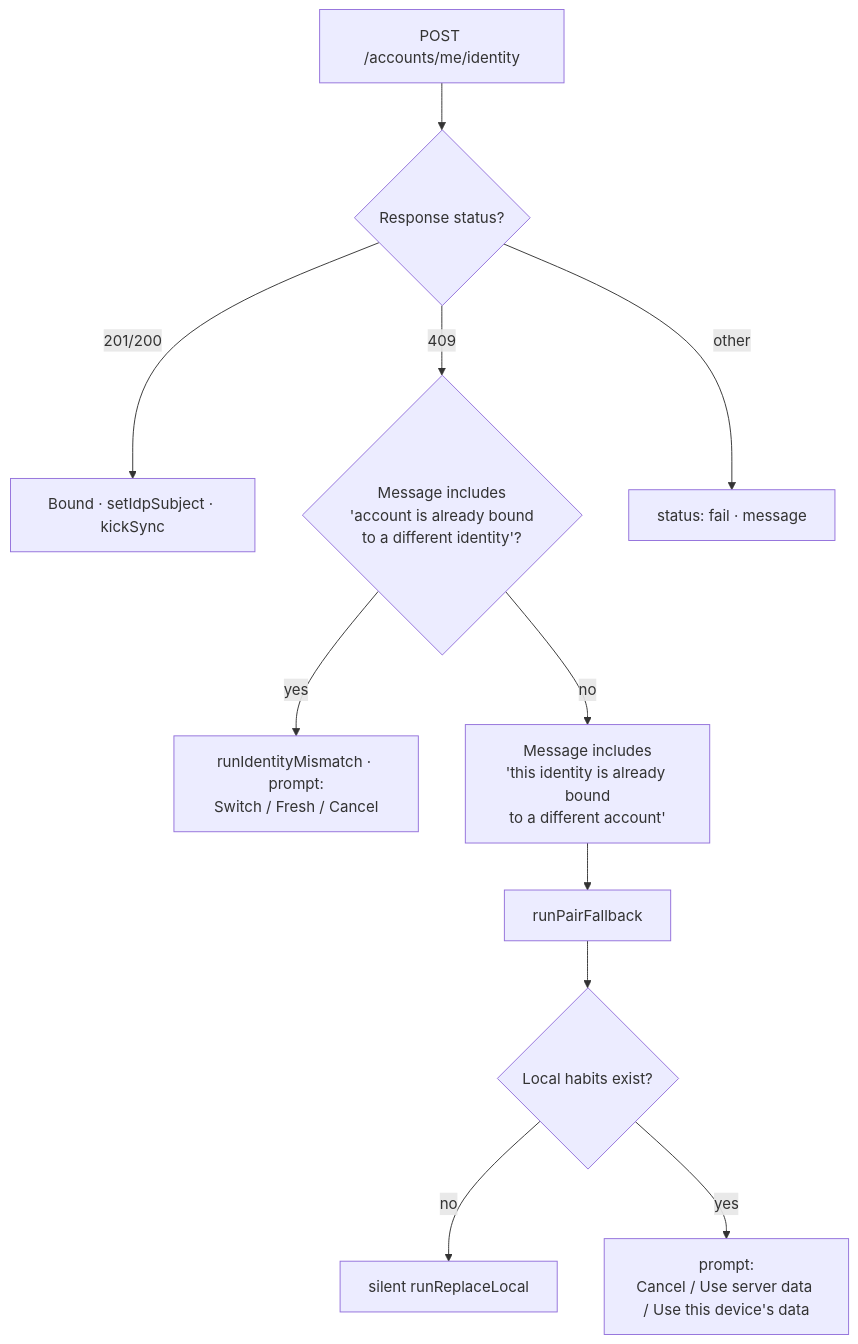
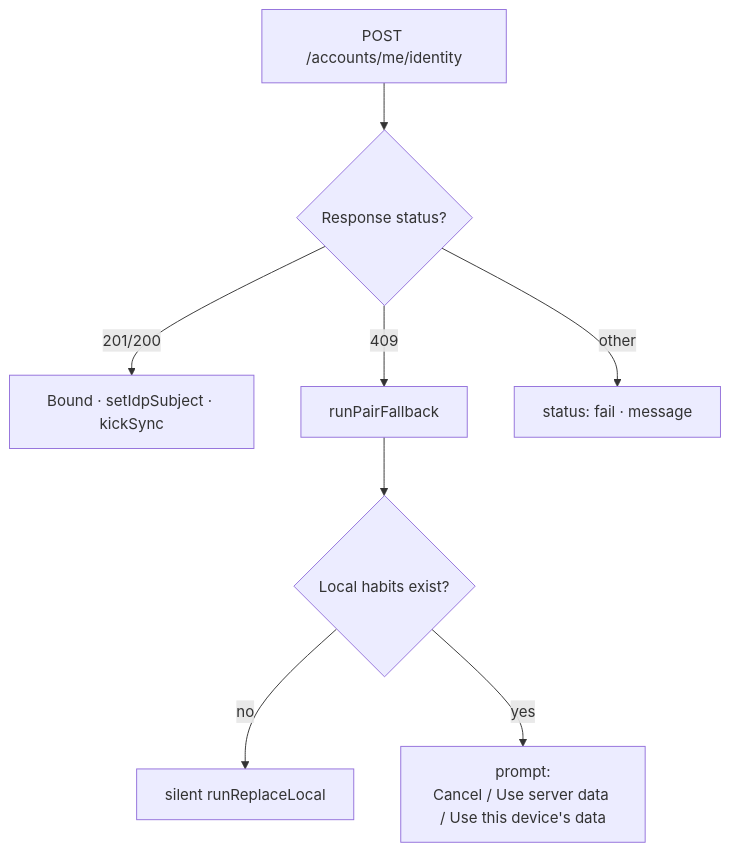
Before and after one commit to auctionready/nag: diagram 11 of 12 in docs/IdentityAndAuth.md, drawn with Mermaid. The commit also changed other lines of this file and 12 other files, not shown here.

````diff
--- a/docs/IdentityAndAuth.md
+++ b/docs/IdentityAndAuth.md
@@ -723,13 +660,10 @@
 ```mermaid
 flowchart TD
     A[POST /accounts/me/identity] --> B{Response status?}
     B -- 201/200 --> OK[Bound · setIdpSubject · kickSync]
-    B -- 409 --> C{Message includes<br/>'account is already bound<br/>to a different identity'?}
-    C -- yes --> D[runIdentityMismatch · prompt:<br/>Switch / Fresh / Cancel]
-    C -- no --> E[Message includes<br/>'this identity is already bound<br/>to a different account']
-    E --> F[runPairFallback]
+    B -- 409 --> F[runPairFallback]
     F --> G{Local habits exist?}
     G -- no --> H[silent runReplaceLocal]
     G -- yes --> I[prompt:<br/>Cancel / Use server data / Use this device's data]
     B -- other --> X[status: fail · message]
 ```
````
